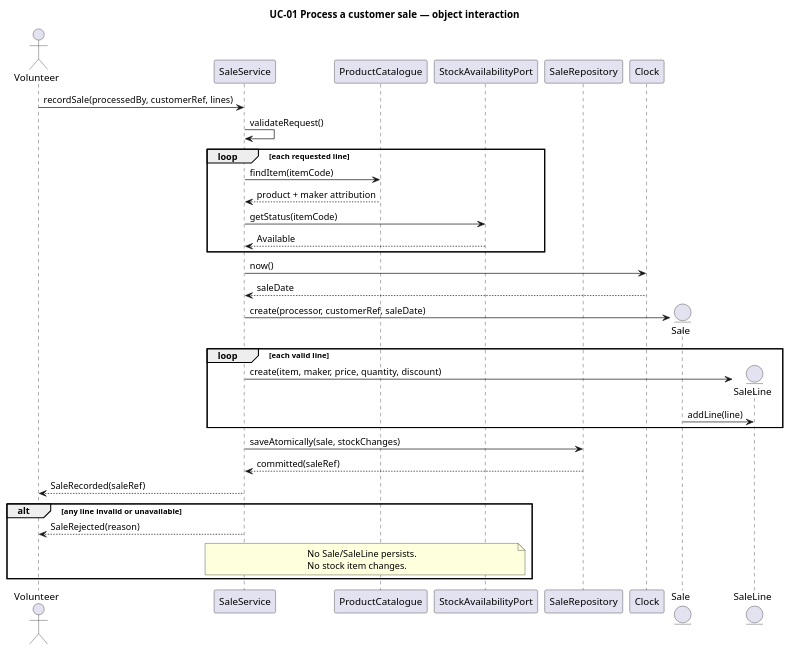
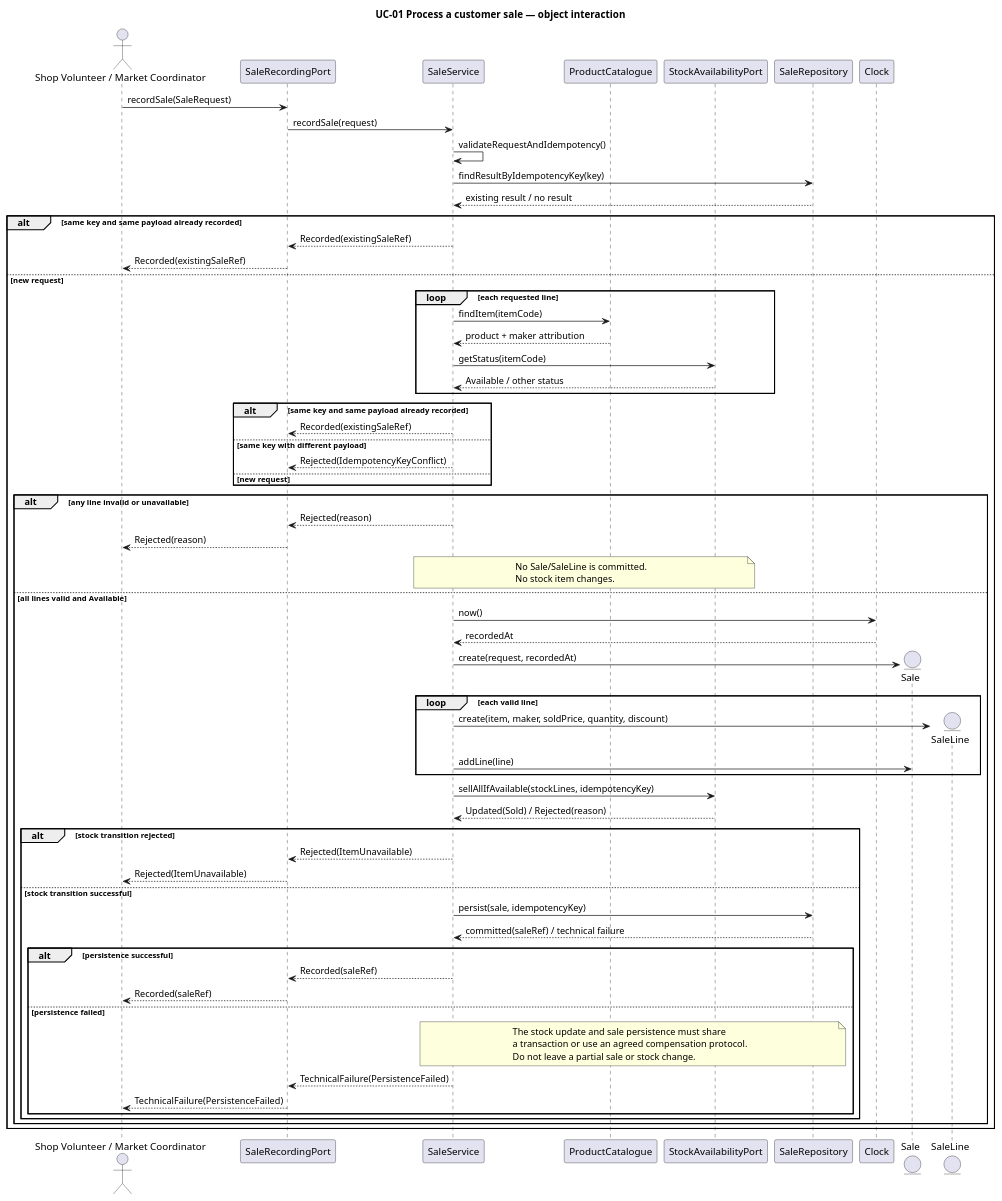
The diagram in ca2-analysis/slices/slice-4/sequence/sequence.puml (Mykola-Rubliuk/LocalCraftMarketplace), drawn with PlantUML before and after one commit. The commit also changed 5 other files, not shown here.

Commit message:
Refine customer sale design and operation contracts

```diff
--- a/ca2-analysis/slices/slice-4/sequence/sequence.puml
+++ b/ca2-analysis/slices/slice-4/sequence/sequence.puml
@@ -1,40 +1,81 @@
 @startuml
 title UC-01 Process a customer sale — object interaction
-actor Volunteer
+
+actor "Shop Volunteer / Market Coordinator" as Processor
+participant SaleRecordingPort as Port
 participant SaleService
 participant ProductCatalogue as Catalogue
 participant StockAvailabilityPort as Stock
 participant SaleRepository as Repo
 participant Clock
 entity Sale
 entity SaleLine
 
-Volunteer -> SaleService: recordSale(processedBy, customerRef, lines)
-SaleService -> SaleService: validateRequest()
-loop each requested line
-  SaleService -> Catalogue: findItem(itemCode)
-  Catalogue --> SaleService: product + maker attribution
-  SaleService -> Stock: getStatus(itemCode)
-  Stock --> SaleService: Available
+Processor -> Port: recordSale(SaleRequest)
+Port -> SaleService: recordSale(request)
+SaleService -> SaleService: validateRequestAndIdempotency()
+SaleService -> Repo: findResultByIdempotencyKey(key)
+Repo --> SaleService: existing result / no result
+
+alt same key and same payload already recorded
+  SaleService --> Port: Recorded(existingSaleRef)
+  Port --> Processor: Recorded(existingSaleRef)
+else new request
+  loop each requested line
+    SaleService -> Catalogue: findItem(itemCode)
+    Catalogue --> SaleService: product + maker attribution
+    SaleService -> Stock: getStatus(itemCode)
+    Stock --> SaleService: Available / other status
+  end
+
+alt same key and same payload already recorded
+    SaleService --> Port: Recorded(existingSaleRef)
+
+else same key with different payload
+    SaleService --> Port: Rejected(IdempotencyKeyConflict)
+
+else new request
+    ' Continue sale processing
 end
-SaleService -> Clock: now()
-Clock --> SaleService: saleDate
-create Sale
-SaleService -> Sale: create(processor, customerRef, saleDate)
-loop each valid line
-  create SaleLine
-  SaleService -> SaleLine: create(item, maker, price, quantity, discount)
-  Sale -> SaleLine: addLine(line)
-end
-SaleService -> Repo: saveAtomically(sale, stockChanges)
-Repo --> SaleService: committed(saleRef)
-SaleService --> Volunteer: SaleRecorded(saleRef)
 
-alt any line invalid or unavailable
-  SaleService --> Volunteer: SaleRejected(reason)
-  note over SaleService,Stock
-    No Sale/SaleLine persists.
-    No stock item changes.
-  end note
+  alt any line invalid or unavailable
+    SaleService --> Port: Rejected(reason)
+    Port --> Processor: Rejected(reason)
+    note over SaleService,Stock
+      No Sale/SaleLine is committed.
+      No stock item changes.
+    end note
+  else all lines valid and Available
+    SaleService -> Clock: now()
+    Clock --> SaleService: recordedAt
+    create Sale
+    SaleService -> Sale: create(request, recordedAt)
+    loop each valid line
+      create SaleLine
+      SaleService -> SaleLine: create(item, maker, soldPrice, quantity, discount)
+      SaleService -> Sale: addLine(line)
+    end
+    SaleService -> Stock: sellAllIfAvailable(stockLines, idempotencyKey)
+    Stock --> SaleService: Updated(Sold) / Rejected(reason)
+    alt stock transition rejected
+      SaleService --> Port: Rejected(ItemUnavailable)
+      Port --> Processor: Rejected(ItemUnavailable)
+    else stock transition successful
+      SaleService -> Repo: persist(sale, idempotencyKey)
+      Repo --> SaleService: committed(saleRef) / technical failure
+      alt persistence successful
+        SaleService --> Port: Recorded(saleRef)
+        Port --> Processor: Recorded(saleRef)
+      else persistence failed
+        note over SaleService,Repo
+          The stock update and sale persistence must share
+          a transaction or use an agreed compensation protocol.
+          Do not leave a partial sale or stock change.
+        end note
+        SaleService --> Port: TechnicalFailure(PersistenceFailed)
+        Port --> Processor: TechnicalFailure(PersistenceFailed)
+      end
+    end
+  end
 end
 @enduml
```
